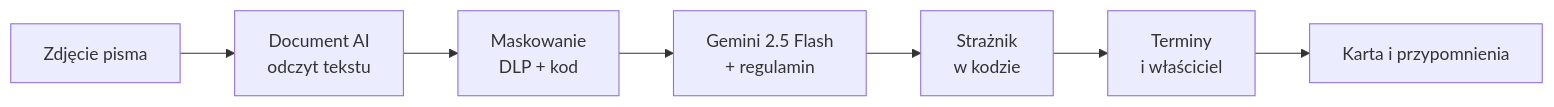
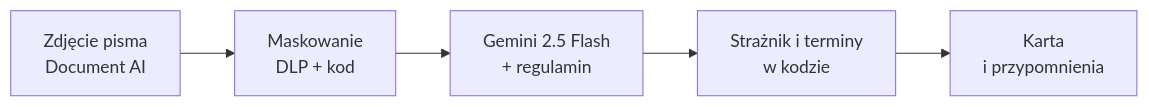
One commit to marekniszczot/domowy-sekretariat changed the diagram in README.md. Above: the diagram before and after it, drawn with Mermaid.

Commit message:
docs: shorten the README flow so GitHub's diagram controls do not cover it

````diff
--- a/README.md
+++ b/README.md
@@ -18,9 +18,7 @@
 ```mermaid
 flowchart LR
-    A[Zdjęcie pisma] --> B[Document AI<br>odczyt tekstu]
-    B --> C[Maskowanie<br>DLP + kod]
-    C --> D[Gemini 2.5 Flash<br>+ regulamin]
-    D --> E[Strażnik<br>w kodzie]
-    E --> F[Terminy<br>i właściciel]
-    F --> G[Karta i przypomnienia]
+    A[Zdjęcie pisma<br>Document AI] --> B[Maskowanie<br>DLP + kod]
+    B --> C[Gemini 2.5 Flash<br>+ regulamin]
+    C --> D[Strażnik i terminy<br>w kodzie]
+    D --> E[Karta<br>i przypomnienia]
 ```
````
